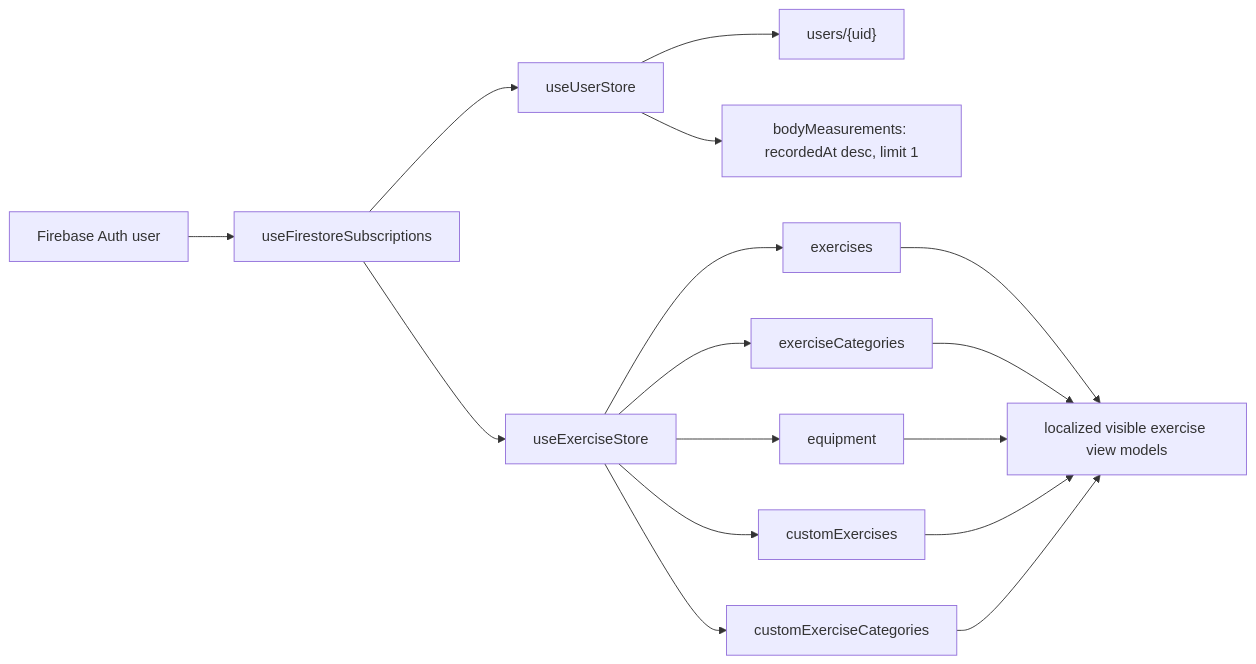
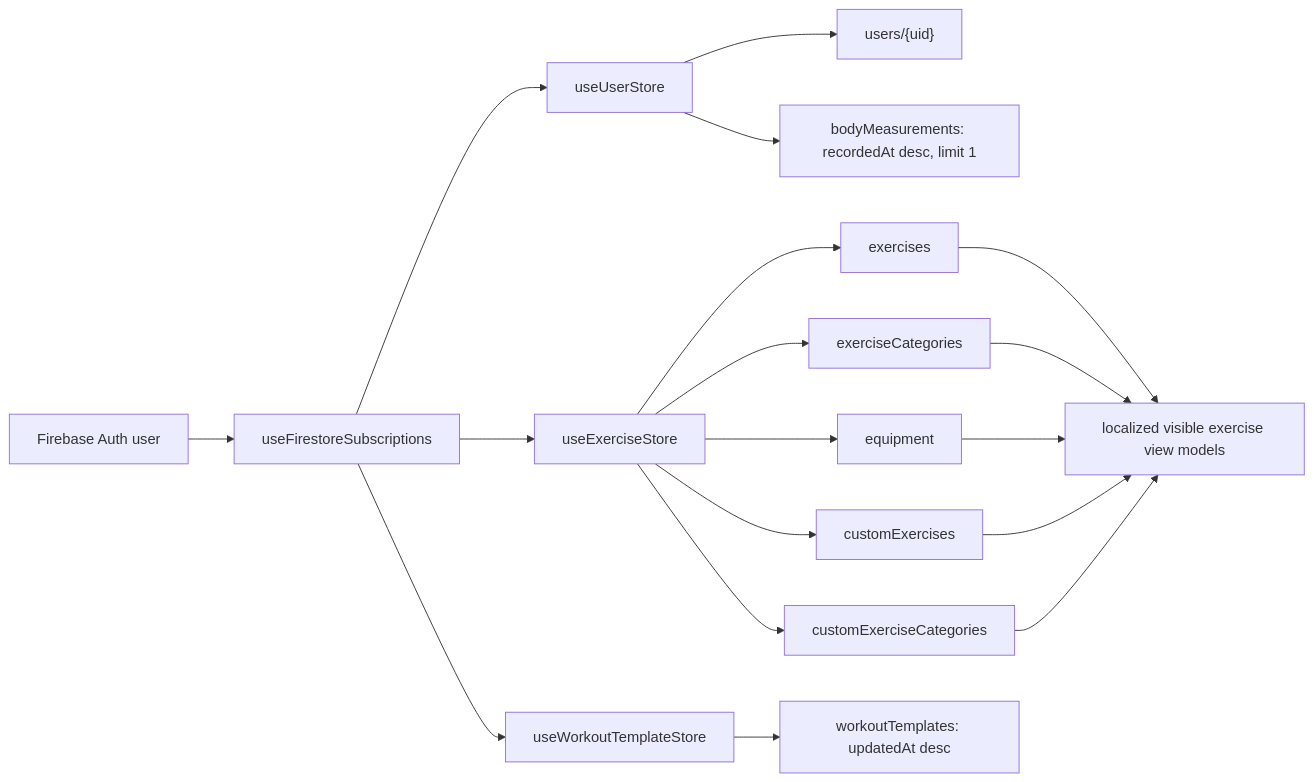
The second of 2 diagrams in docs/db-diagram.md (hipetech/hipefit-app), drawn with Mermaid before and after one commit. The commit also changed other lines of this file and 67 other files, not shown here.

First line of the commit message:
Custom exercises and a minimizable workout template editor (#17)

````diff
--- a/docs/db-diagram.md
+++ b/docs/db-diagram.md
@@ -228,22 +232,24 @@
 ```mermaid
 flowchart LR
     auth["Firebase Auth user"] --> subscriptions["useFirestoreSubscriptions"]
 
     subscriptions --> userStore["useUserStore"]
     subscriptions --> exerciseStore["useExerciseStore"]
+    subscriptions --> templateStore["useWorkoutTemplateStore"]
     userStore --> userDoc["users/{uid}"]
     userStore --> newestMeasurement["bodyMeasurements: recordedAt desc, limit 1"]
 
     exerciseStore --> globalExercises["exercises"]
     exerciseStore --> globalCategories["exerciseCategories"]
     exerciseStore --> globalEquipment["equipment"]
     exerciseStore --> customExercises["customExercises"]
     exerciseStore --> customCategories["customExerciseCategories"]
 
     globalExercises --> merged["localized visible exercise view models"]
     globalCategories --> merged
     globalEquipment --> merged
     customExercises --> merged
     customCategories --> merged
 
+    templateStore --> workoutTemplates["workoutTemplates: updatedAt desc"]
 ```
````
